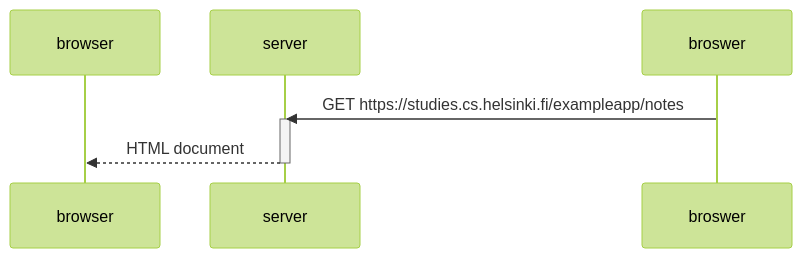
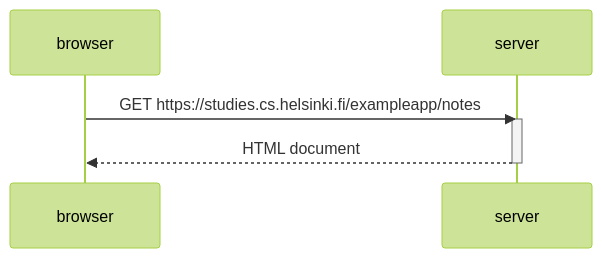
The diagram in New_note_diagram.md (normkoh/part0), drawn with Mermaid (forest theme) before and after one commit.

````diff
--- a/New_note_diagram.md
+++ b/New_note_diagram.md
@@ -1,11 +1,10 @@
 ```mermaid
 sequenceDiagram
     participant browser
     participant server
 
-    broswer->>server: GET https://studies.cs.helsinki.fi/exampleapp/notes
+    browser->>server: GET https://studies.cs.helsinki.fi/exampleapp/notes
     activate server
     server-->>browser: HTML document
     deactivate server
-
 ```
````
